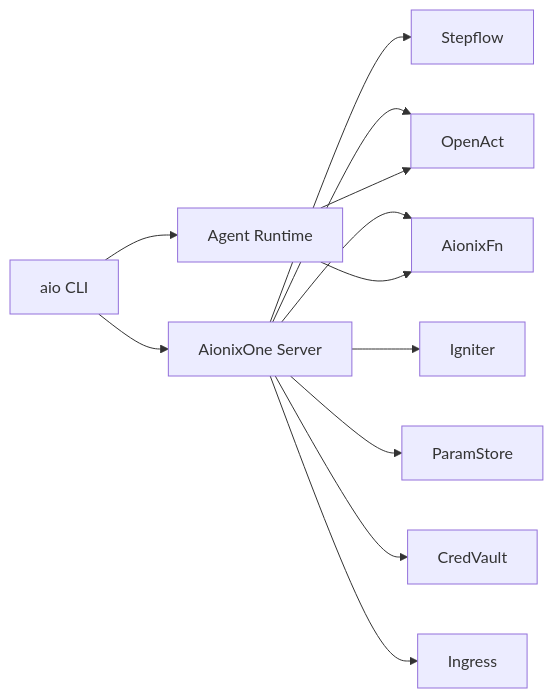
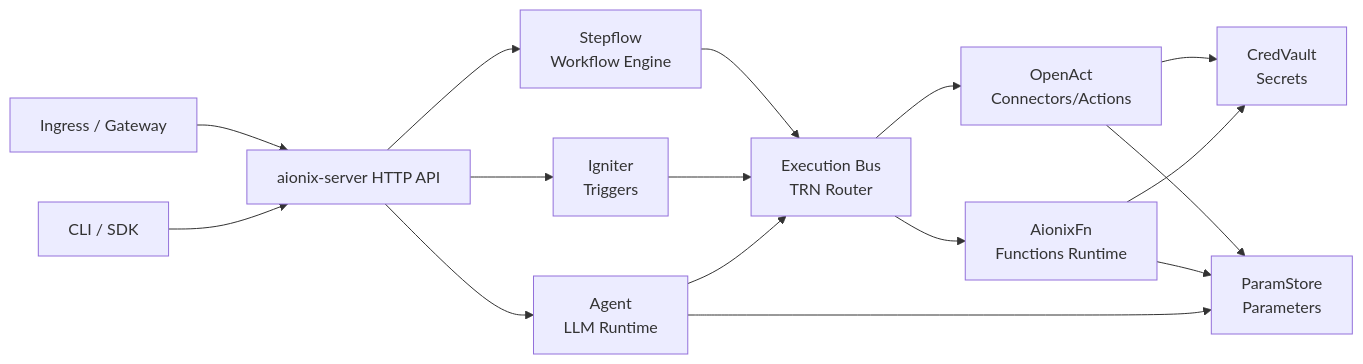
Before and after one commit to aionix-labs/aionixone-releases: the diagram in README.md, drawn with Mermaid.

Commit message:
docs: refine architecture diagram

````diff
--- a/README.md
+++ b/README.md
@@ -11,16 +11,39 @@
 ```mermaid
 flowchart LR
-  A[aio CLI] --> B[AionixOne Server]
-  A --> C[Agent Runtime]
+  %% Entry
+  Ingress[Ingress / Gateway]
+  CLI[CLI / SDK]
+  API[aionix-server HTTP API]
 
-  B --> D[Stepflow]
-  B --> E[OpenAct]
-  B --> F[AionixFn]
-  B --> G[Igniter]
-  B --> H[ParamStore]
-  B --> I[CredVault]
-  B --> J[Ingress]
+  %% Orchestration
+  Stepflow[Stepflow<br/>Workflow Engine]
+  Igniter[Igniter<br/>Triggers]
 
-  C --> E
-  C --> F
+  %% Execution
+  OpenAct[OpenAct<br/>Connectors/Actions]
+  AionixFn[AionixFn<br/>Functions Runtime]
+  Agent[Agent<br/>LLM Runtime]
+
+  %% Foundation
+  CredVault[CredVault<br/>Secrets]
+  ParamStore[ParamStore<br/>Parameters]
+
+  %% Execution bus
+  Bus[Execution Bus<br/>TRN Router]
+
+  Ingress --> API
+  CLI --> API
+  API --> Stepflow
+  API --> Igniter
+  API --> Agent
+  Stepflow --> Bus
+  Igniter --> Bus
+  Agent --> Bus
+  Bus --> OpenAct
+  Bus --> AionixFn
+  OpenAct --> CredVault
+  OpenAct --> ParamStore
+  AionixFn --> CredVault
+  AionixFn --> ParamStore
+  Agent --> ParamStore
 ```
````
